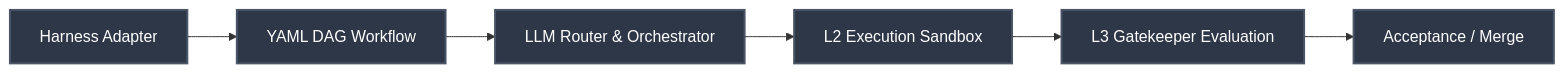
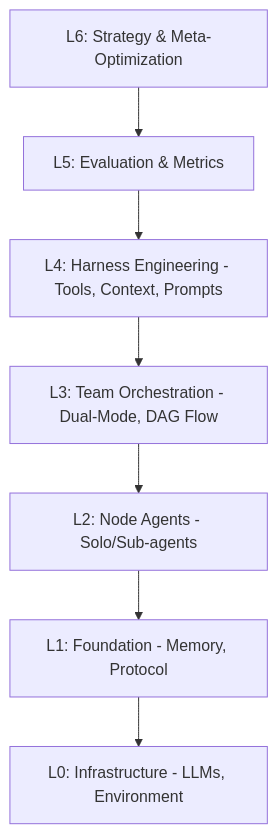
Before and after one commit to moyage/team-agents-cowork: the first of 2 diagrams in README.md, drawn with Mermaid. The commit also changed other lines of this file and 40 other files, not shown here.

````diff
--- a/README.md
+++ b/README.md
@@ -128,11 +9,10 @@
 ```mermaid
-graph LR
-    A[Harness Adapter] --> B[YAML DAG Workflow]
-    B --> C[LLM Router & Orchestrator]
-    C --> D[L2 Execution Sandbox]
-    D --> E[L3 Gatekeeper Evaluation]
-    E --> F[Acceptance / Merge]
-
-    classDef stage fill:#2D3748,stroke:#4A5568,stroke-width:2px,color:#fff;
-    class A,B,C,D,E,F stage;
+graph TD
+    L6[L6: Strategy & Meta-Optimization] --> L5
+    L5[L5: Evaluation & Metrics] --> L4
+    L4[L4: Harness Engineering - Tools, Context, Prompts] --> L3
+    L3[L3: Team Orchestration - Dual-Mode, DAG Flow] --> L2
+    L2[L2: Node Agents - Solo/Sub-agents] --> L1
+    L1[L1: Foundation - Memory, Protocol] --> L0
+    L0[L0: Infrastructure - LLMs, Environment]
 ```
````
